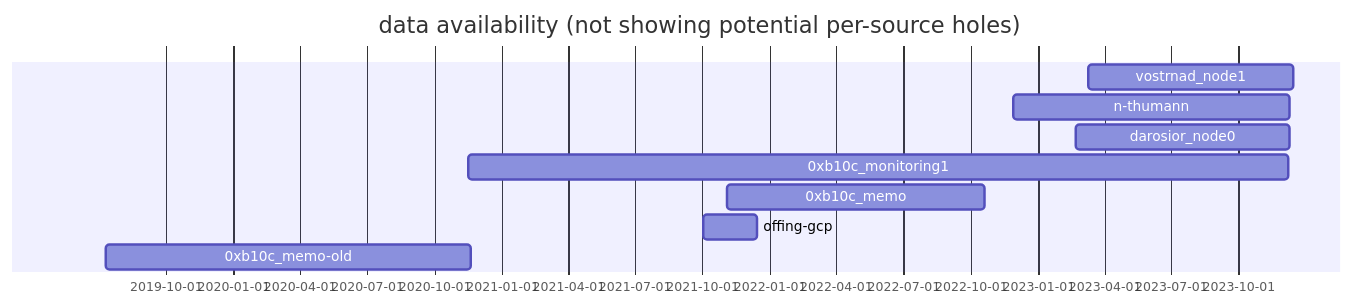
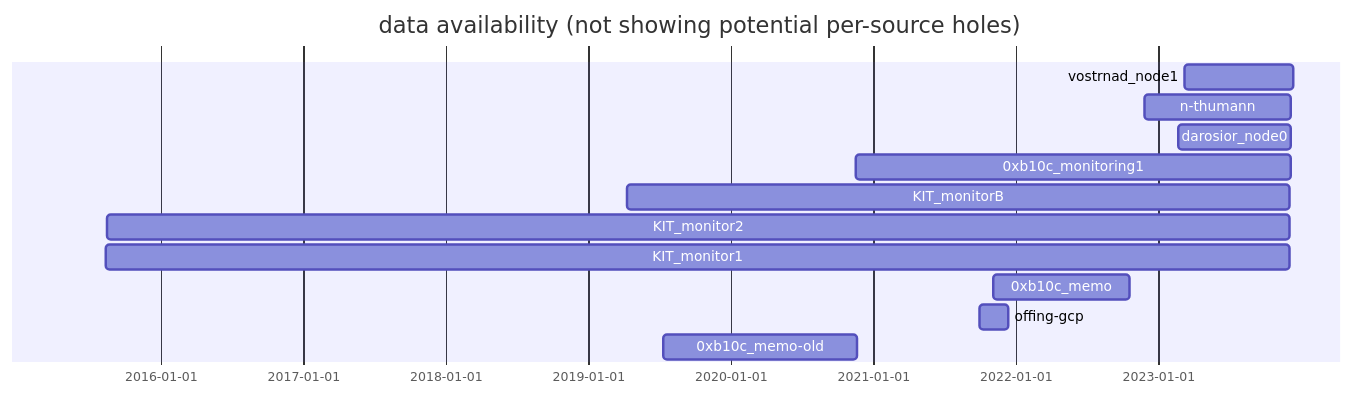
One commit to bitcoin-data/block-arrival-times changed the diagram in README.md. Above: the diagram before and after it, drawn with Mermaid. The commit also changed 4 other files, not shown here.

````diff
--- a/README.md
+++ b/README.md
@@ -51,15 +51,18 @@
 ```mermaid
 gantt
 dateFormat x
 title data availability (not showing potential per-source holes)
 todayMarker off
 
 vostrnad_node1: 1678416045000, 1702535282000
 n-thumann: 1669583939000, 1702072477000
 darosior_node0: 1676970378000, 1702022714000
 0xb10c_monitoring1: 1605513978094, 1701968604513
+KIT_monitorB: 1554813325167, 1701803016066
+KIT_monitor2: 1439645276225, 1701798709781
+KIT_monitor1: 1439476817617, 1701797554640
 0xb10c_memo: 1635945250000, 1666268995000
 offing-gcp: 1633117022000, 1639414560000
 0xb10c_memo-old: 1562848974000, 1605772694000
 
 ```
````
